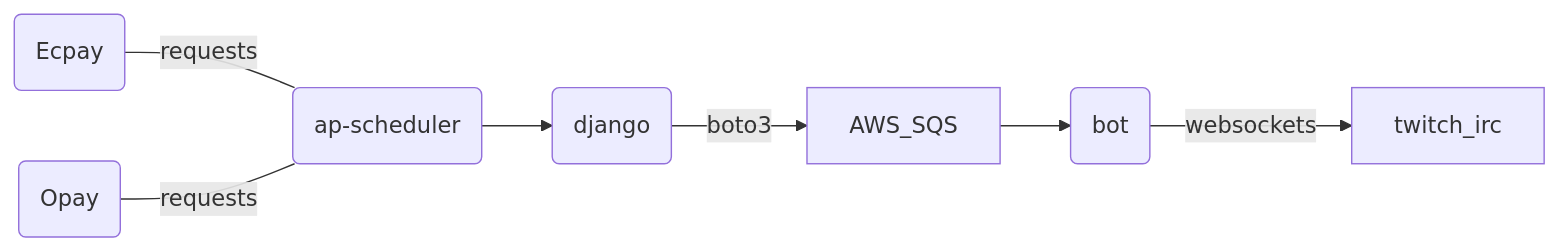
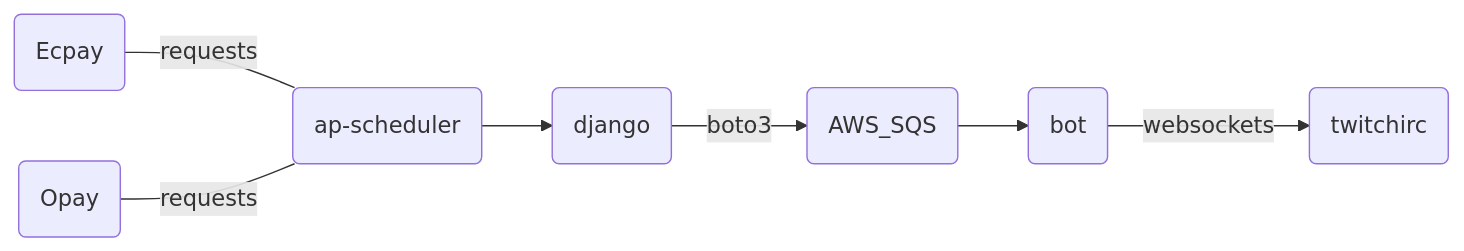
Before and after one commit to virgil724/donateNoti: the diagram in Readme.md, drawn with Mermaid. The commit also changed other lines of this file, not shown here.

````diff
--- a/Readme.md
+++ b/Readme.md
@@ -3,12 +3,12 @@
 ```mermaid
 graph LR;
 1(Ecpay)
 2(Opay)
 django(django)
 ap(ap-scheduler)
 1---|requests|ap
 2---|requests|ap
 ap-->django
-django-->|boto3|AWS_SQS
-AWS_SQS-->b(bot)-->|websockets|twitch_irc
+django-->|boto3|AWS(AWS_SQS)
+AWS-->b(bot)-->|websockets|irc(twitchirc)
 ```
````
